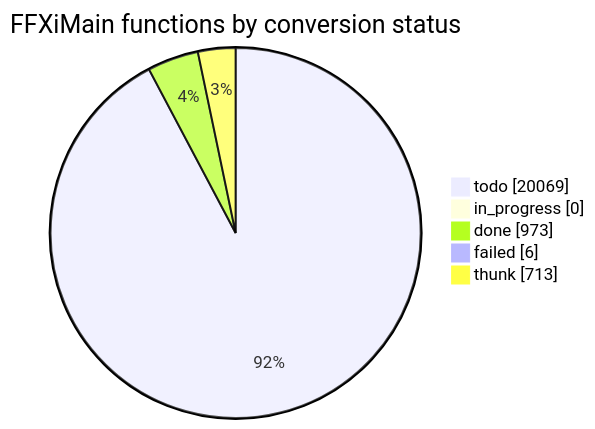
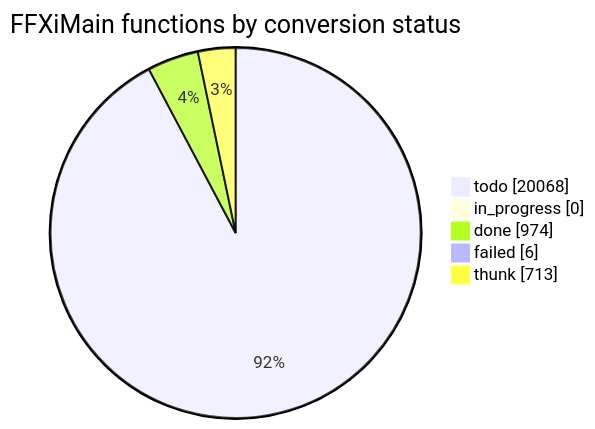
The diagram in docs/cow/STATUS.md (cowrevenge/cow_kuluu_xi_anything), drawn with Mermaid before and after one commit. The commit also changed other lines of this file and 16 other files, not shown here.

````diff
--- a/docs/cow/STATUS.md
+++ b/docs/cow/STATUS.md
@@ -18,9 +18,9 @@
 ```mermaid
 pie showData
     title FFXiMain functions by conversion status
-    "todo" : 20069
+    "todo" : 20068
     "in_progress" : 0
-    "done" : 973
+    "done" : 974
     "failed" : 6
     "thunk" : 713
 ```
````
